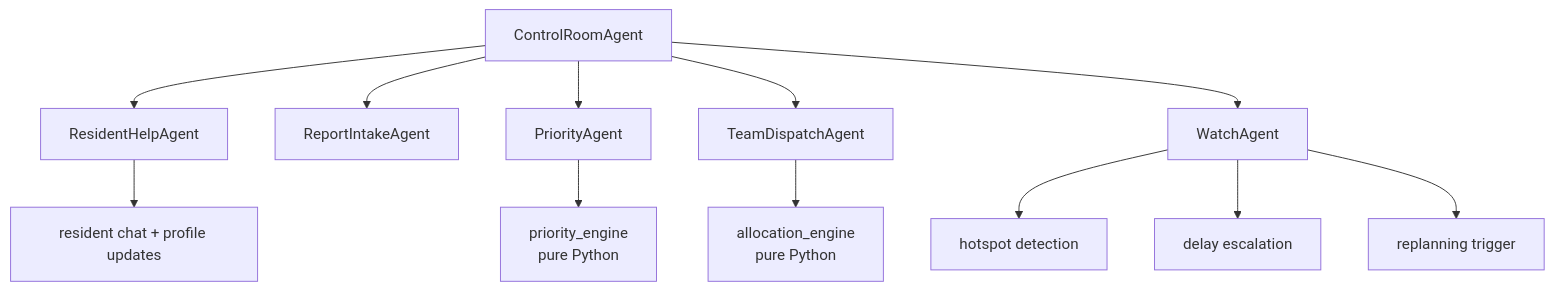
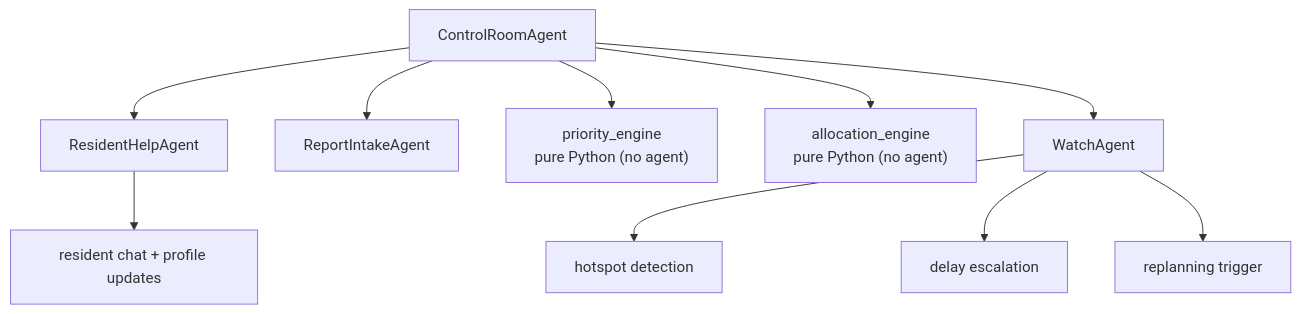
Before and after one commit to ResQra/agent: the fourth of 5 diagrams in README.md, drawn with Mermaid. The commit also changed other lines of this file and 16 other files, not shown here.

````diff
--- a/README.md
+++ b/README.md
@@ -275,19 +275,16 @@
 ```mermaid
 flowchart TB
     CTRL["ControlRoomAgent"]
 
     CTRL --> HELP["ResidentHelpAgent"]
     CTRL --> INTAKE["ReportIntakeAgent"]
-    CTRL --> PRIORITY["PriorityAgent"]
-    CTRL --> DISPATCH["TeamDispatchAgent"]
+    CTRL --> PRIORITY["priority_engine<br/>pure Python (no agent)"]
+    CTRL --> DISPATCH["allocation_engine<br/>pure Python (no agent)"]
     CTRL --> WATCH["WatchAgent"]
-
-    PRIORITY --> PT["priority_engine<br/>pure Python"]
-    DISPATCH --> AT["allocation_engine<br/>pure Python"]
 
     WATCH --> HOT["hotspot detection"]
     WATCH --> DELAY["delay escalation"]
     WATCH --> REPLAN["replanning trigger"]
 
     HELP --> CHAT["resident chat + profile updates"]
 ```
````
